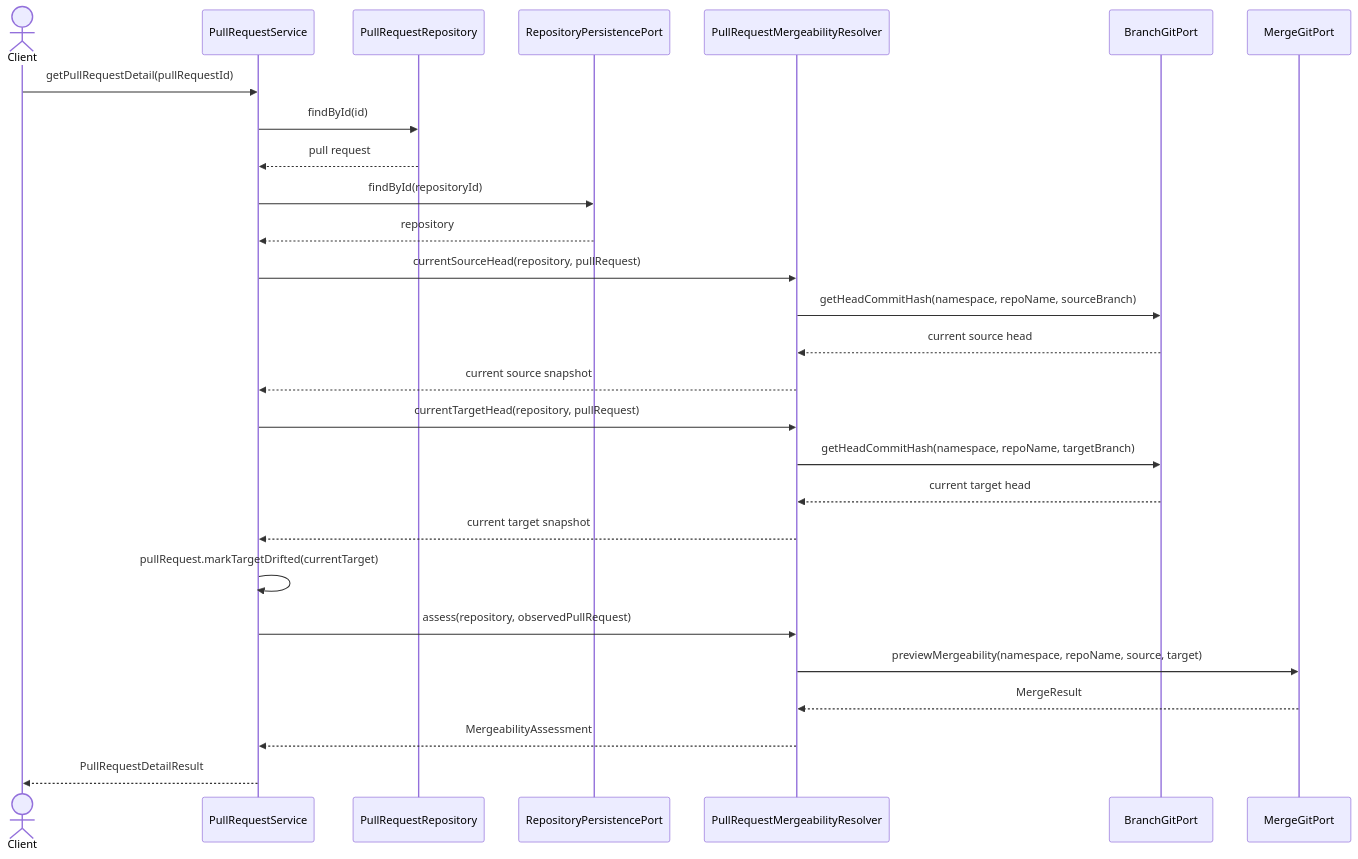
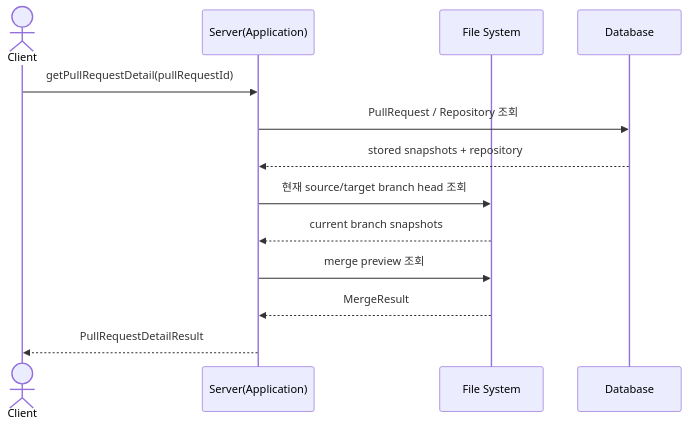
Before and after one commit to jgitkins/jgitkins: the fourth of 5 diagrams in docs/modeling/contexts/change-review/change-review-context-diagrams.md, drawn with Mermaid. The commit also changed other lines of this file and 15 other files, not shown here.

````diff
--- a/docs/modeling/contexts/change-review/change-review-context-diagrams.md
+++ b/docs/modeling/contexts/change-review/change-review-context-diagrams.md
@@ -148,34 +143,16 @@
 ```mermaid
 sequenceDiagram
     actor Client
-    participant PRS as PullRequestService
-    participant PRR as PullRequestRepository
-    participant RPP as RepositoryPersistencePort
-    participant PMR as PullRequestMergeabilityResolver
-    participant BGP as BranchGitPort
-    participant MGP as MergeGitPort
+    participant App as Server(Application)
+    participant FS as File System
+    participant DB as Database
 
-    Client->>PRS: getPullRequestDetail(pullRequestId)
-    PRS->>PRR: findById(id)
-    PRR-->>PRS: pull request
-    PRS->>RPP: findById(repositoryId)
-    RPP-->>PRS: repository
-
-    PRS->>PMR: currentSourceHead(repository, pullRequest)
-    PMR->>BGP: getHeadCommitHash(namespace, repoName, sourceBranch)
-    BGP-->>PMR: current source head
-    PMR-->>PRS: current source snapshot
-
-    PRS->>PMR: currentTargetHead(repository, pullRequest)
-    PMR->>BGP: getHeadCommitHash(namespace, repoName, targetBranch)
-    BGP-->>PMR: current target head
-    PMR-->>PRS: current target snapshot
-
-    PRS->>PRS: pullRequest.markTargetDrifted(currentTarget)
-    PRS->>PMR: assess(repository, observedPullRequest)
-    PMR->>MGP: previewMergeability(namespace, repoName, source, target)
-    MGP-->>PMR: MergeResult
-    PMR-->>PRS: MergeabilityAssessment
-
-    PRS-->>Client: PullRequestDetailResult
+    Client->>App: getPullRequestDetail(pullRequestId)
+    App->>DB: PullRequest / Repository 조회
+    DB-->>App: stored snapshots + repository
+    App->>FS: 현재 source/target branch head 조회
+    FS-->>App: current branch snapshots
+    App->>FS: merge preview 조회
+    FS-->>App: MergeResult
+    App-->>Client: PullRequestDetailResult
 ```
````
